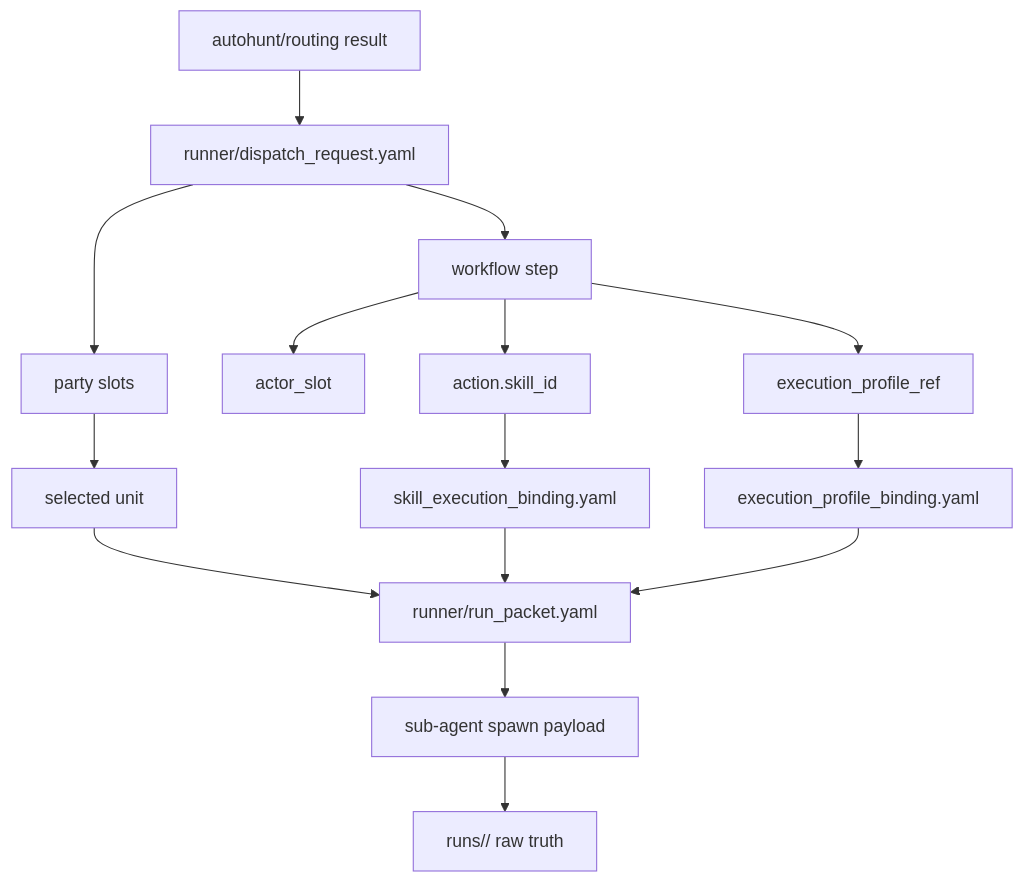
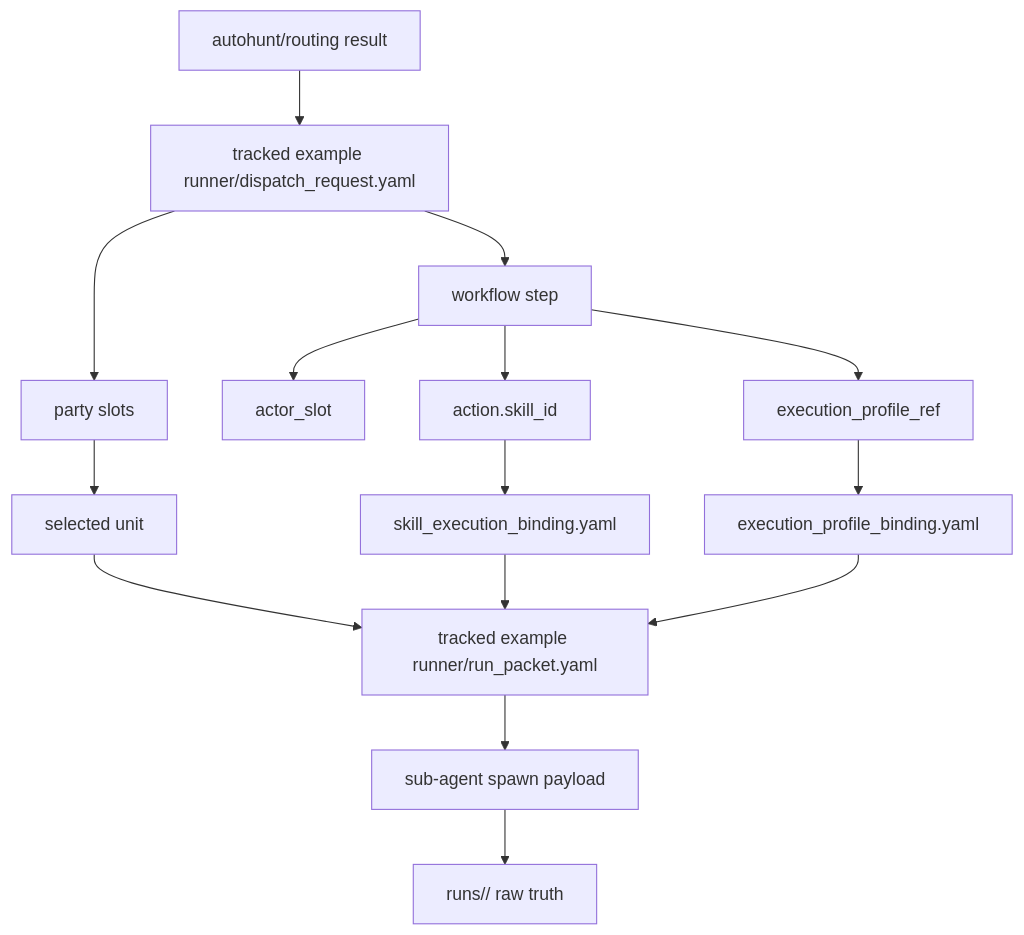
One commit to SungYongMOON/soulforge changed the first of 2 diagrams in docs/architecture/workspace/RUNNER_EXECUTION_MODEL.md. Above: the diagram before and after it, drawn with Mermaid. The commit also changed other lines of this file and 14 other files, not shown here.

````diff
--- a/docs/architecture/workspace/RUNNER_EXECUTION_MODEL.md
+++ b/docs/architecture/workspace/RUNNER_EXECUTION_MODEL.md
@@ -14,17 +14,17 @@
 ```mermaid
 flowchart TD
-  AH["autohunt/routing result"] --> DR["runner/dispatch_request.yaml"]
+  AH["autohunt/routing result"] --> DR["tracked example runner/dispatch_request.yaml"]
   DR --> WF["workflow step"]
   DR --> PT["party slots"]
   WF --> SLOT["actor_slot"]
   PT --> UNIT["selected unit"]
   WF --> SK["action.skill_id"]
   WF --> EP["execution_profile_ref"]
   SK --> SB["skill_execution_binding.yaml"]
   EP --> EB["execution_profile_binding.yaml"]
-  UNIT --> RP["runner/run_packet.yaml"]
+  UNIT --> RP["tracked example runner/run_packet.yaml"]
   SB --> RP
   EB --> RP
   RP --> AG["sub-agent spawn payload"]
   AG --> RAW["runs/<run_id>/ raw truth"]
 ```
````
